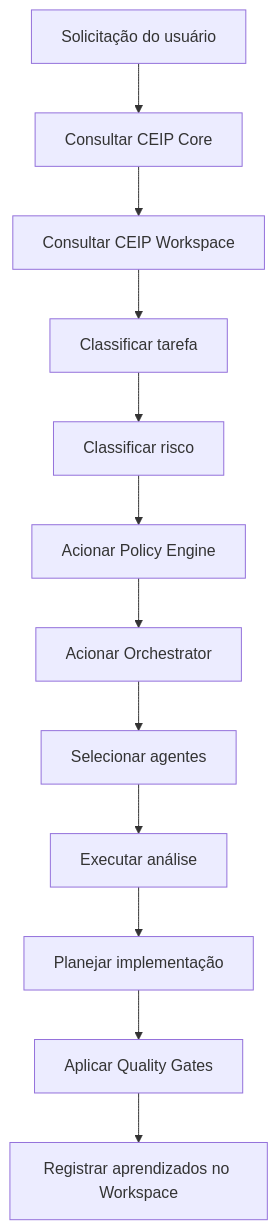
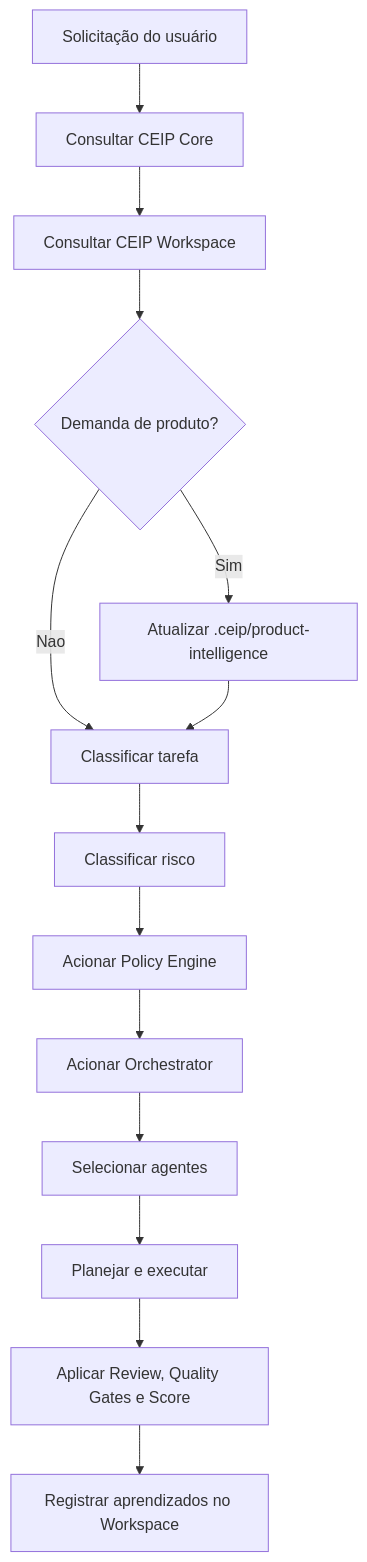
One commit to thyags/method-ceip changed the diagram in workspace/README.md. Above: the diagram before and after it, drawn with Mermaid. The commit also changed other lines of this file and 57 other files, not shown here.

````diff
--- a/workspace/README.md
+++ b/workspace/README.md
@@ -44,14 +44,16 @@
 ```mermaid
 flowchart TD
     A["Solicitação do usuário"] --> B["Consultar CEIP Core"]
     B --> C["Consultar CEIP Workspace"]
-    C --> D["Classificar tarefa"]
-    D --> E["Classificar risco"]
-    E --> F["Acionar Policy Engine"]
-    F --> G["Acionar Orchestrator"]
-    G --> H["Selecionar agentes"]
-    H --> I["Executar análise"]
-    I --> J["Planejar implementação"]
-    J --> K["Aplicar Quality Gates"]
-    K --> L["Registrar aprendizados no Workspace"]
+    C --> D{"Demanda de produto?"}
+    D -->|Sim| E["Atualizar .ceip/product-intelligence"]
+    D -->|Nao| F["Classificar tarefa"]
+    E --> F
+    F --> G["Classificar risco"]
+    G --> H["Acionar Policy Engine"]
+    H --> I["Acionar Orchestrator"]
+    I --> J["Selecionar agentes"]
+    J --> K["Planejar e executar"]
+    K --> L["Aplicar Review, Quality Gates e Score"]
+    L --> M["Registrar aprendizados no Workspace"]
 ```
````
